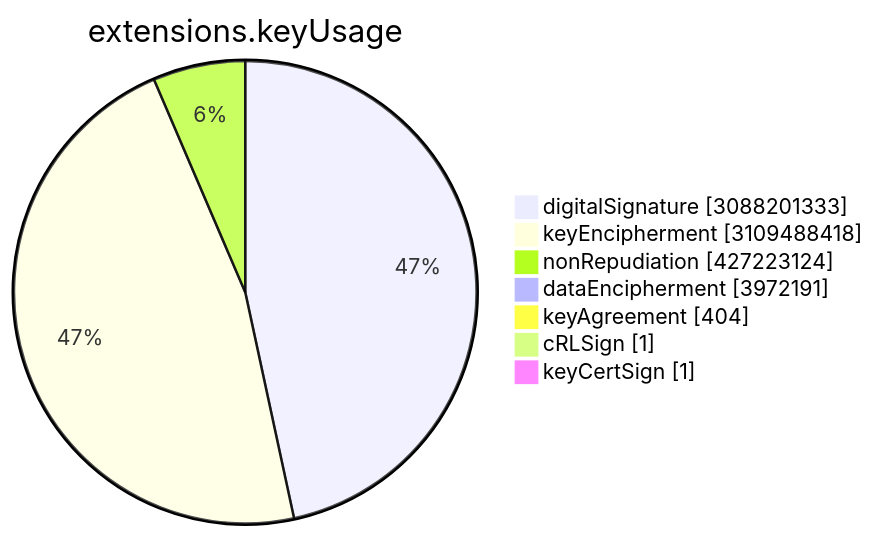
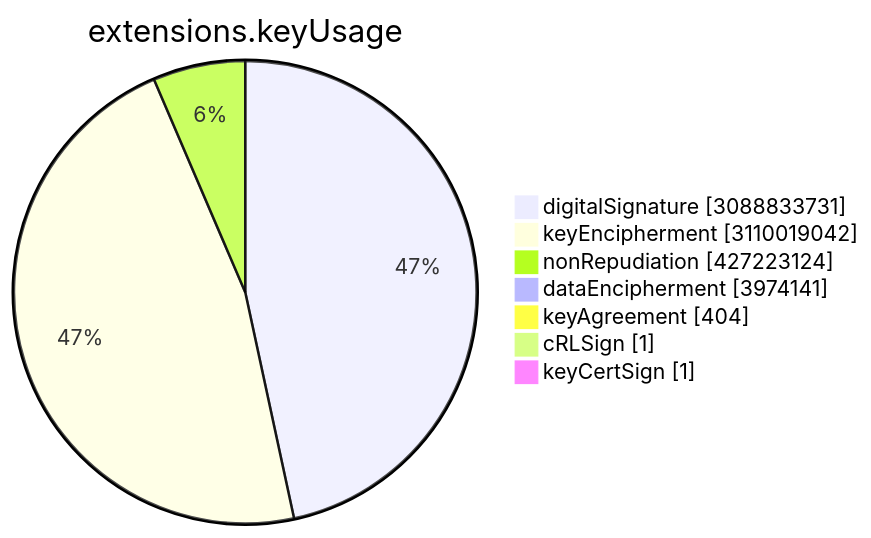
Before and after one commit to christiankrug/ctmonitor_visualization: the sixth of 15 diagrams in TOTAL/README.md, drawn with Mermaid. The commit also changed other lines of this file, not shown here.

````diff
--- a/TOTAL/README.md
+++ b/TOTAL/README.md
@@ -3077,11 +3077,11 @@
 ```mermaid
 pie showData
 title extensions.keyUsage
-"digitalSignature" :3088201333
-"keyEncipherment" :3109488418
+"digitalSignature" :3088833731
+"keyEncipherment" :3110019042
 "nonRepudiation" :427223124
-"dataEncipherment" :3972191
+"dataEncipherment" :3974141
 "keyAgreement" :404
 "cRLSign" :1
 "keyCertSign" :1
 ```
````
